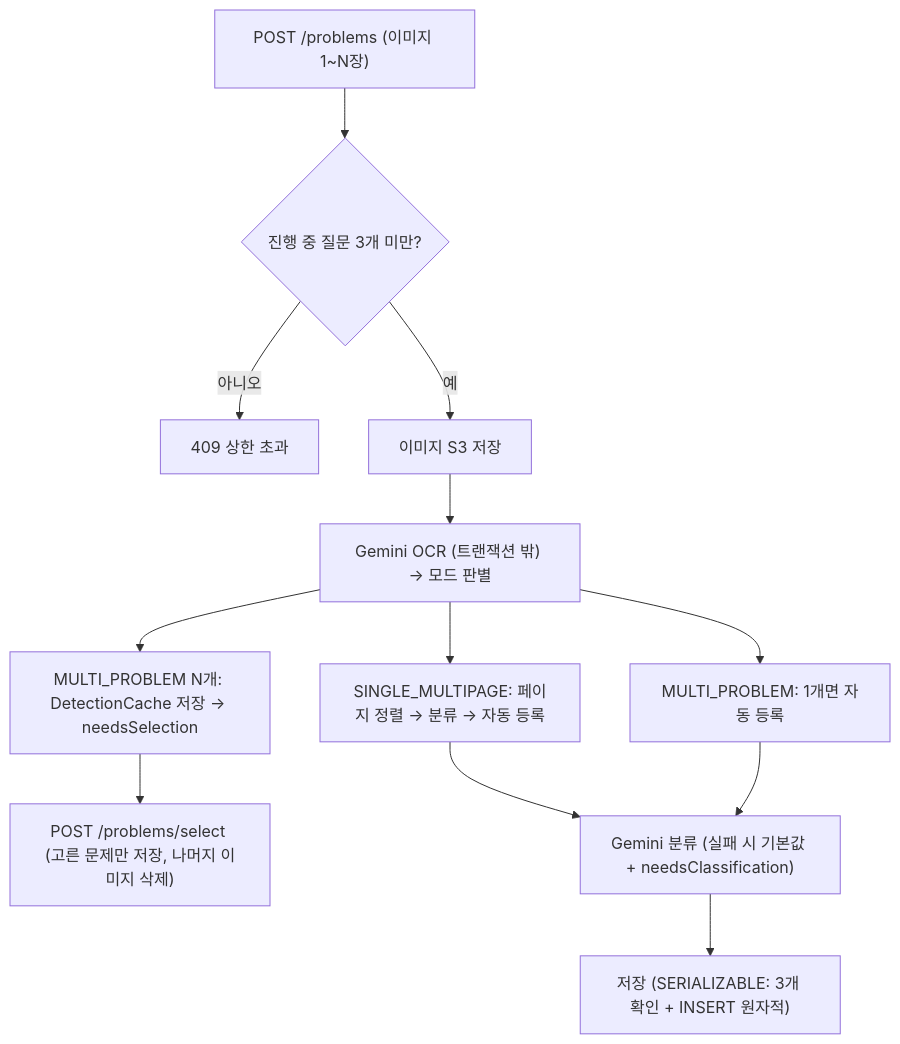
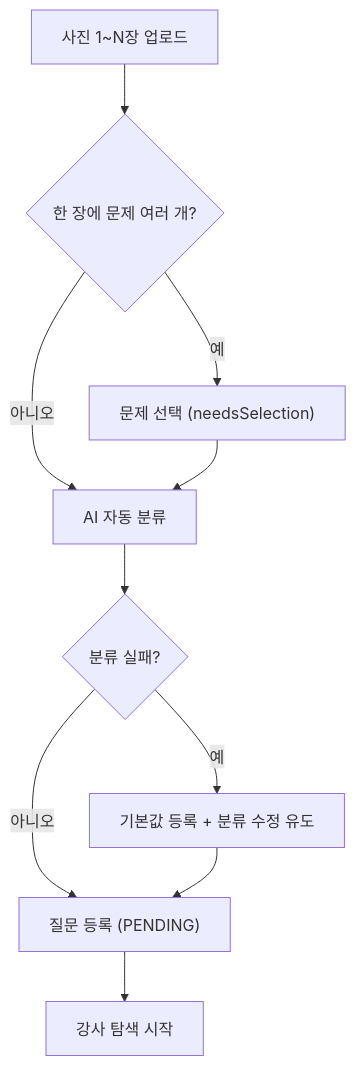
One commit to ieums/onsaem changed the diagram in wiki/문제-등록-OCR.md. Above: the diagram before and after it, drawn with Mermaid. The commit also changed other lines of this file and 9 other files, not shown here.

````diff
--- a/wiki/문제-등록-OCR.md
+++ b/wiki/문제-등록-OCR.md
@@ -24,13 +19,12 @@
 ```mermaid
 flowchart TB
-    U["POST /problems (이미지 1~N장)"] --> L{"진행 중 질문 3개 미만?"}
-    L -- "아니오" --> X["409 상한 초과"]
-    L -- "예" --> S["이미지 S3 저장"]
-    S --> O["Gemini OCR (트랜잭션 밖) → 모드 판별"]
-    O --> M1["SINGLE_MULTIPAGE: 페이지 정렬 → 분류 → 자동 등록"]
-    O --> M2["MULTI_PROBLEM: 1개면 자동 등록"]
-    O --> M3["MULTI_PROBLEM N개: DetectionCache 저장 → needsSelection"]
-    M3 --> SEL["POST /problems/select (고른 문제만 저장, 나머지 이미지 삭제)"]
-    M1 & M2 --> C["Gemini 분류 (실패 시 기본값 + needsClassification)"]
-    C --> DB["저장 (SERIALIZABLE: 3개 확인 + INSERT 원자적)"]
+    A["사진 1~N장 업로드"] --> B{"한 장에 문제 여러 개?"}
+    B -- "예" --> C["문제 선택 (needsSelection)"]
+    B -- "아니오" --> D["AI 자동 분류"]
+    C --> D
+    D --> E{"분류 실패?"}
+    E -- "예" --> F["기본값 등록 + 분류 수정 유도"]
+    E -- "아니오" --> G["질문 등록 (PENDING)"]
+    F --> G
+    G --> H["강사 탐색 시작"]
 ```
````
